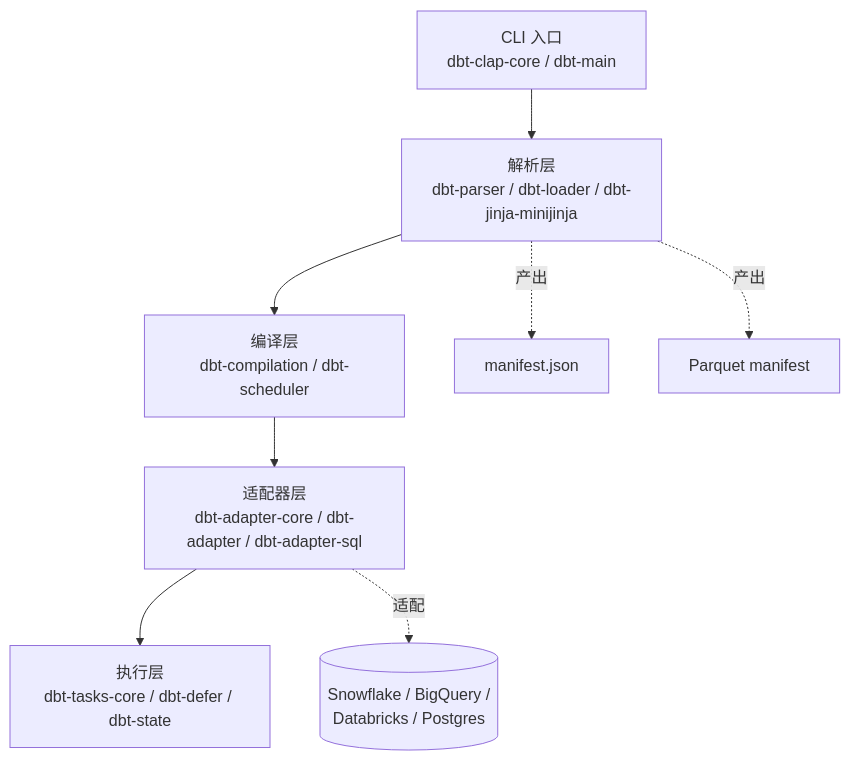
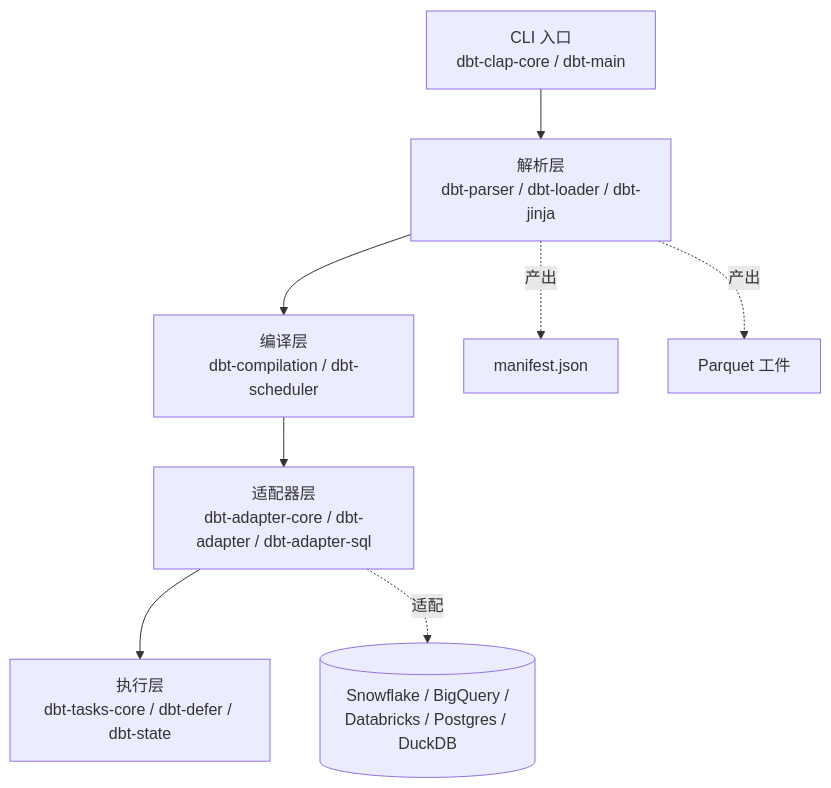
One commit to A1pha3/text-matrix changed the first of 2 diagrams in content/posts/tech/dbt-labs-dbt-core-data-transformation-framework-guide.md. Above: the diagram before and after it, drawn with Mermaid. The commit also changed other lines of this file and 331 other files, not shown here.

````diff
--- a/content/posts/tech/dbt-labs-dbt-core-data-transformation-framework-guide.md
+++ b/content/posts/tech/dbt-labs-dbt-core-data-transformation-framework-guide.md
@@ -104,11 +114,11 @@
 ```mermaid
 flowchart TB
-    A[CLI 入口<br/>dbt-clap-core / dbt-main] --> B[解析层<br/>dbt-parser / dbt-loader / dbt-jinja-minijinja]
+    A[CLI 入口<br/>dbt-clap-core / dbt-main] --> B[解析层<br/>dbt-parser / dbt-loader / dbt-jinja]
     B --> C[编译层<br/>dbt-compilation / dbt-scheduler]
     C --> D[适配器层<br/>dbt-adapter-core / dbt-adapter / dbt-adapter-sql]
     D --> E[执行层<br/>dbt-tasks-core / dbt-defer / dbt-state]
 
     B -.产出.-> M1[manifest.json]
-    B -.产出.-> M2[Parquet manifest]
-    D -.适配.-> DW[(Snowflake / BigQuery /<br/>Databricks / Postgres)]
+    B -.产出.-> M2[Parquet 工件]
+    D -.适配.-> DW[(Snowflake / BigQuery /<br/>Databricks / Postgres / DuckDB)]
 ```
````
